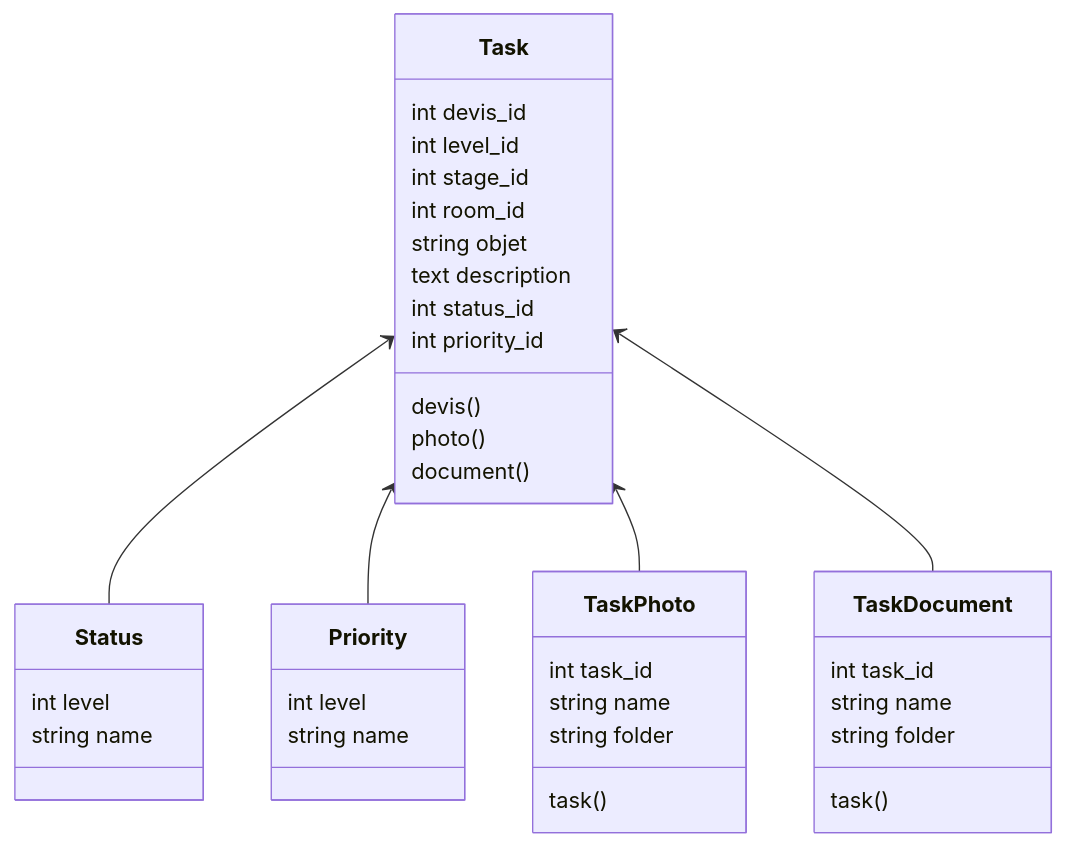
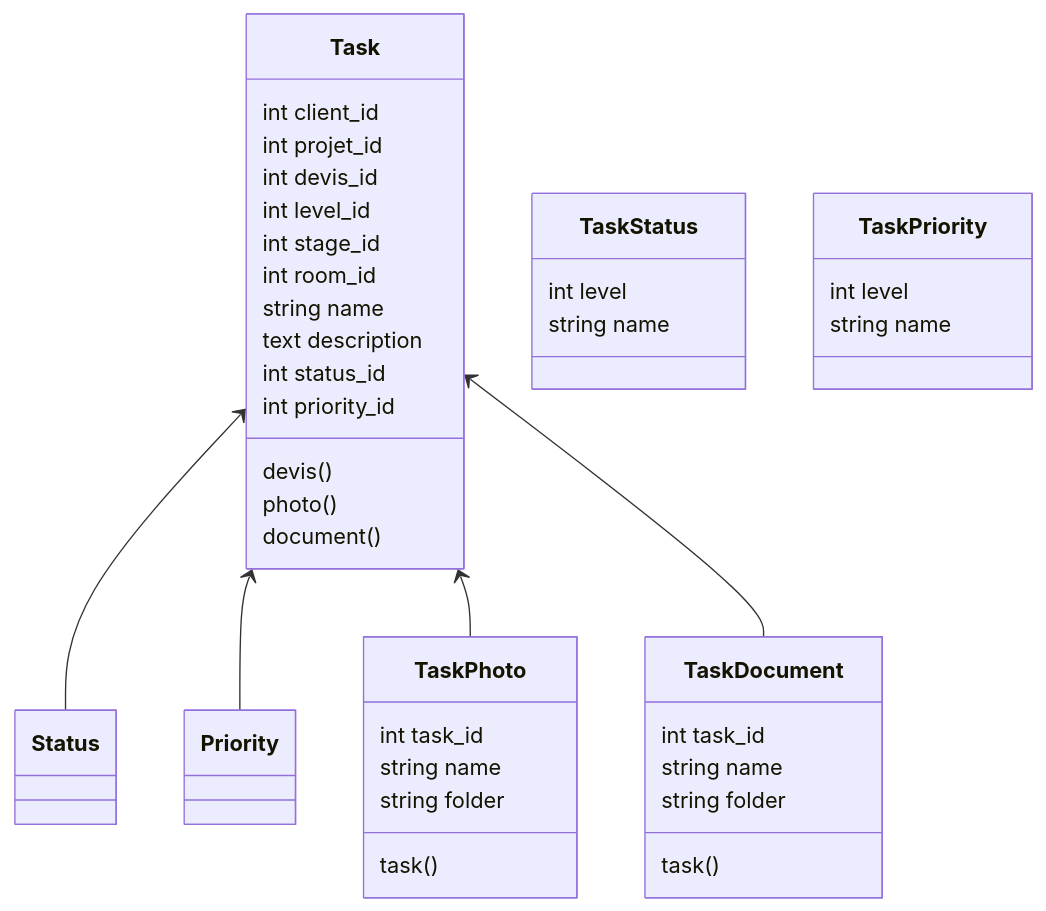
Before and after one commit to desmond8500/Dash3: the diagram in database/docs/09_taches.md, drawn with Mermaid. The commit also changed 13 other files, not shown here.

````diff
--- a/database/docs/09_taches.md
+++ b/database/docs/09_taches.md
@@ -9,47 +9,49 @@
 ```mermaid
 classDiagram
 
 Task <-- Status
 Task <-- Priority
 Task <-- TaskPhoto
 Task <-- TaskDocument
 
 class Task{
+    int client_id
+    int projet_id
     int devis_id
     int level_id
     int stage_id
     int room_id
-    string objet
+    string name
     text description
     int status_id
     int priority_id
     devis()
     photo()
     document()
 }
 
 class TaskPhoto{
     int task_id
     string name
     string folder
     task()
 }
 
 class TaskDocument{
     int task_id
     string name
     string folder
     task()
 }
 
-class Status{
+class TaskStatus{
     int level
     string name
 }
 
-class Priority{
+class TaskPriority{
     int level
     string name
 }
 
 ```
````
